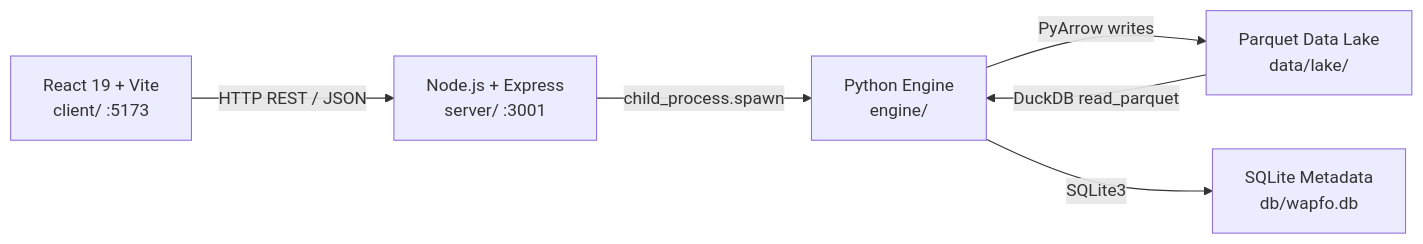
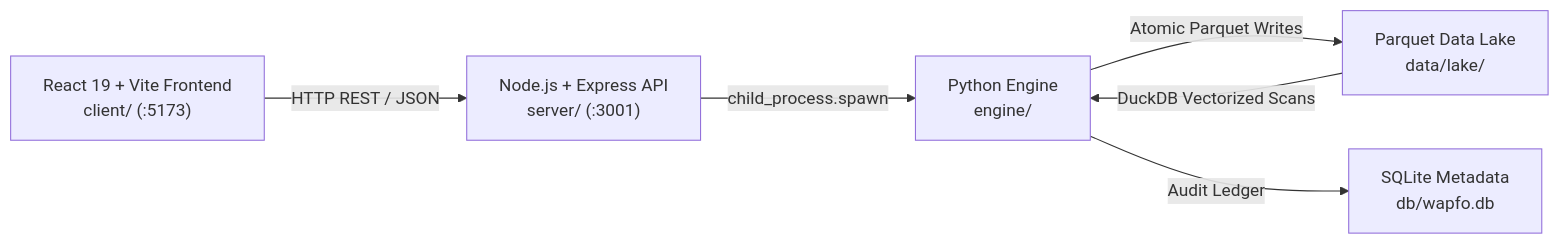
The diagram in README.md (Sanjay6968/hack), drawn with Mermaid before and after one commit. The commit also changed other lines of this file, not shown here.

````diff
--- a/README.md
+++ b/README.md
@@ -39,8 +21,8 @@
 ```mermaid
 flowchart LR
-    A["React 19 + Vite\nclient/ :5173"] -->|"HTTP REST / JSON"| B["Node.js + Express\nserver/ :3001"]
+    A["React 19 + Vite Frontend\nclient/ (:5173)"] -->|"HTTP REST / JSON"| B["Node.js + Express API\nserver/ (:3001)"]
     B -->|"child_process.spawn"| C["Python Engine\nengine/"]
-    C -->|"PyArrow writes"| D["Parquet Data Lake\ndata/lake/"]
-    C -->|"SQLite3"| E["SQLite Metadata\ndb/wapfo.db"]
-    D -->|"DuckDB read_parquet"| C
+    C -->|"Atomic Parquet Writes"| D["Parquet Data Lake\ndata/lake/"]
+    C -->|"Audit Ledger"| E["SQLite Metadata\ndb/wapfo.db"]
+    D -->|"DuckDB Vectorized Scans"| C
 ```
````
